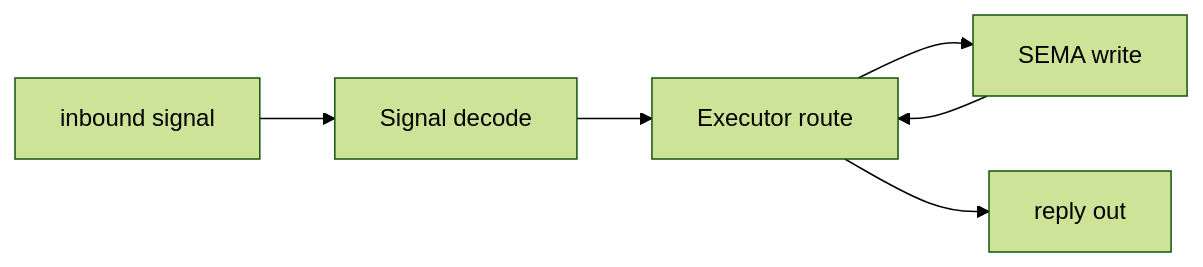
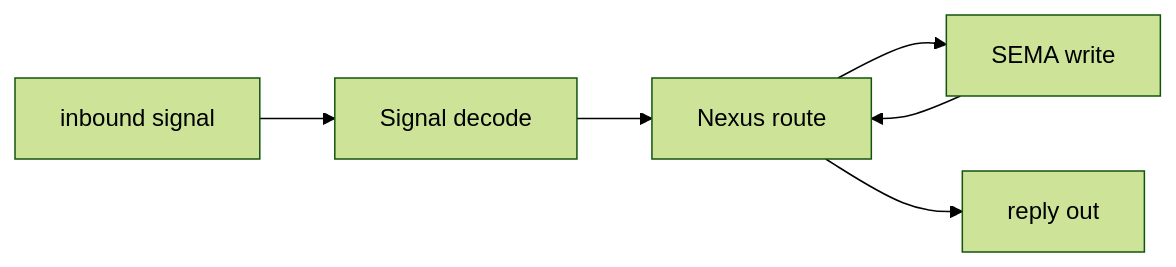
One commit to LiGoldragon/primary changed the eighth of 13 diagrams in reports/designer/392-vision-schema-driven-stack-canonical-2026-05-27.md. Above: the diagram before and after it, drawn with Mermaid (forest theme). The commit also changed other lines of this file and 2 other files, not shown here.

Commit message:
designer reports: three-schema-types triad + signal-protocol (records 963 964 965) — update 371 status banner, 390 nexus naming, 392 vision refinement

````diff
--- a/reports/designer/392-vision-schema-driven-stack-canonical-2026-05-27.md
+++ b/reports/designer/392-vision-schema-driven-stack-canonical-2026-05-27.md
@@ -422,11 +430,11 @@
 ```mermaid
 flowchart LR
     inbound["inbound signal"]
     signal["Signal decode"]
-    executor["Executor route"]
+    nexus["Nexus route"]
     sema["SEMA write"]
     reply["reply out"]
-    inbound --> signal --> executor
-    executor --> sema --> executor
-    executor --> reply
+    inbound --> signal --> nexus
+    nexus --> sema --> nexus
+    nexus --> reply
 ```
````
